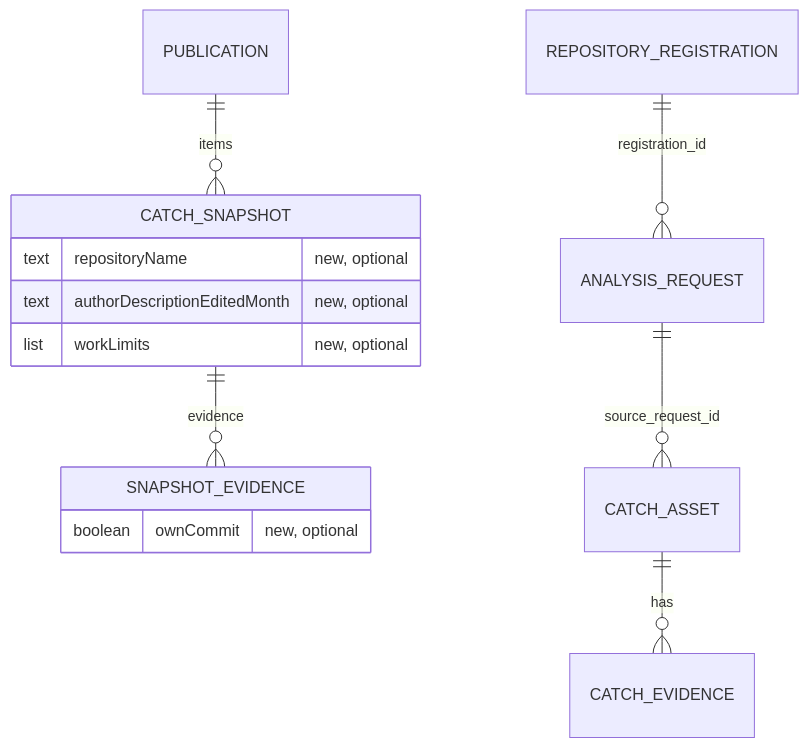
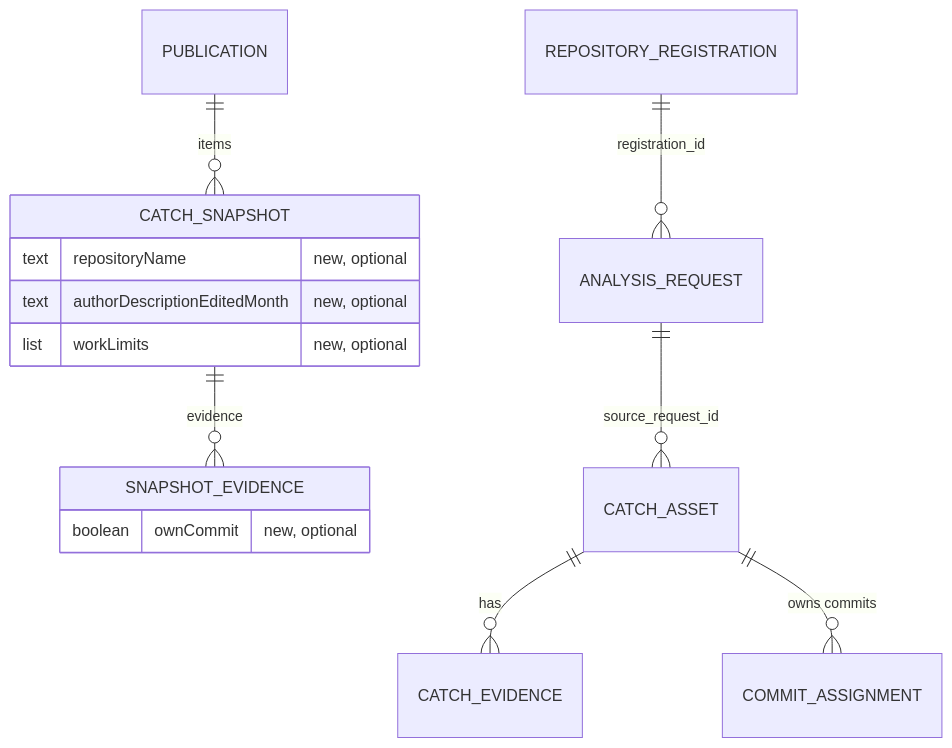
One commit to JminAILab/CatchU changed the diagram in aidlc/spaces/default/intents/261109-new-catch/construction/nc2-snapshot-fields/functional-design/functional-spec.md. Above: the diagram before and after it, drawn with Mermaid. The commit also changed other lines of this file and 15 other files, not shown here.

Commit message:
docs: 새 Catch intent의 NC2 NFR 요구를 마치고 본인 커밋 판정을 소속 기록으로 바꾼다 — ownCommit을 기여 범위 문장 대조 대신 이 Catch의 commit_assignment로 정해 worker 문구가 바뀌어도 표지가 조용히 사라지지 않게 하고(기능 설계 BR1.4·BR1.6·BR4.1, 계약 C3·C6 덧붙임), 한계 문장 넷 따옴표 경계 대조·안전망 경고 줄을 NFR 설계의 기준으로 두기 위해

````diff
--- a/aidlc/spaces/default/intents/261109-new-catch/construction/nc2-snapshot-fields/functional-design/functional-spec.md
+++ b/aidlc/spaces/default/intents/261109-new-catch/construction/nc2-snapshot-fields/functional-design/functional-spec.md
@@ -19,16 +19,17 @@
 ```mermaid
 erDiagram
   PUBLICATION ||--o{ CATCH_SNAPSHOT : "items"
   CATCH_SNAPSHOT ||--o{ SNAPSHOT_EVIDENCE : "evidence"
   CATCH_ASSET ||--o{ CATCH_EVIDENCE : "has"
+  CATCH_ASSET ||--o{ COMMIT_ASSIGNMENT : "owns commits"
   ANALYSIS_REQUEST ||--o{ CATCH_ASSET : "source_request_id"
   REPOSITORY_REGISTRATION ||--o{ ANALYSIS_REQUEST : "registration_id"
   CATCH_SNAPSHOT {
     text repositoryName "new, optional"
     text authorDescriptionEditedMonth "new, optional"
     list workLimits "new, optional"
   }
   SNAPSHOT_EVIDENCE {
     boolean ownCommit "new, optional"
   }
 ```
````
